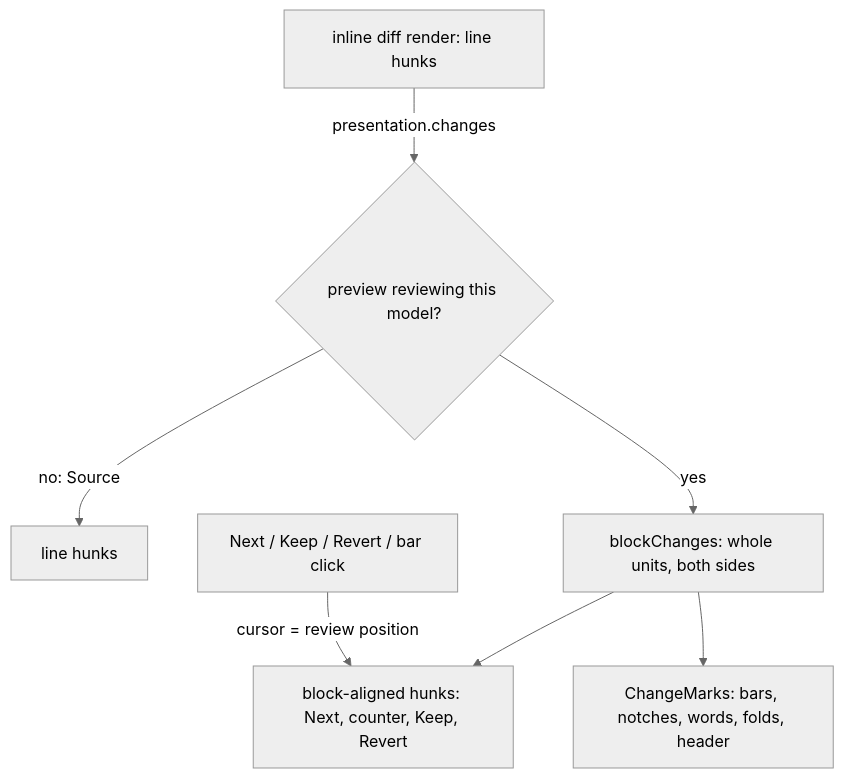
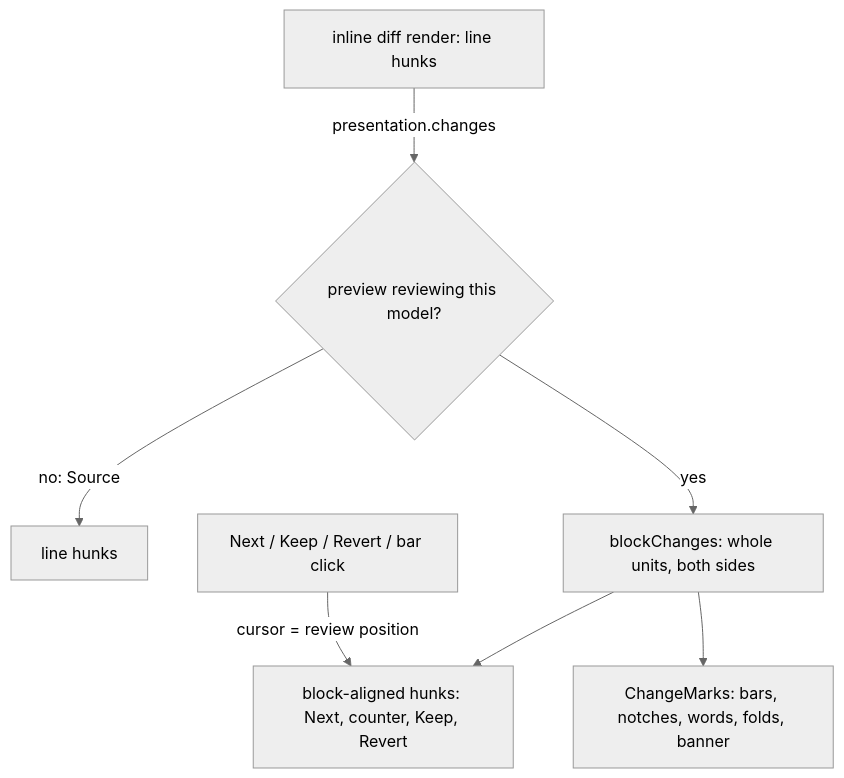
Before and after one commit to Kapps/weavie: the diagram in docs/specs/markdown-preview-changes.md, drawn with Mermaid (neutral theme). The commit also changed other lines of this file and 8 other files, not shown here.

````diff
--- a/docs/specs/markdown-preview-changes.md
+++ b/docs/specs/markdown-preview-changes.md
@@ -25,9 +26,9 @@
 ```mermaid
 flowchart TD
   D[inline diff render: line hunks] -->|presentation.changes| G{preview reviewing this model?}
   G -->|no: Source| L[line hunks]
   G -->|yes| B[blockChanges: whole units, both sides]
   B --> H[block-aligned hunks: Next, counter, Keep, Revert]
-  B --> M[ChangeMarks: bars, notches, words, folds, header]
+  B --> M[ChangeMarks: bars, notches, words, folds, banner]
   C[Next / Keep / Revert / bar click] -->|cursor = review position| H
 ```
````
